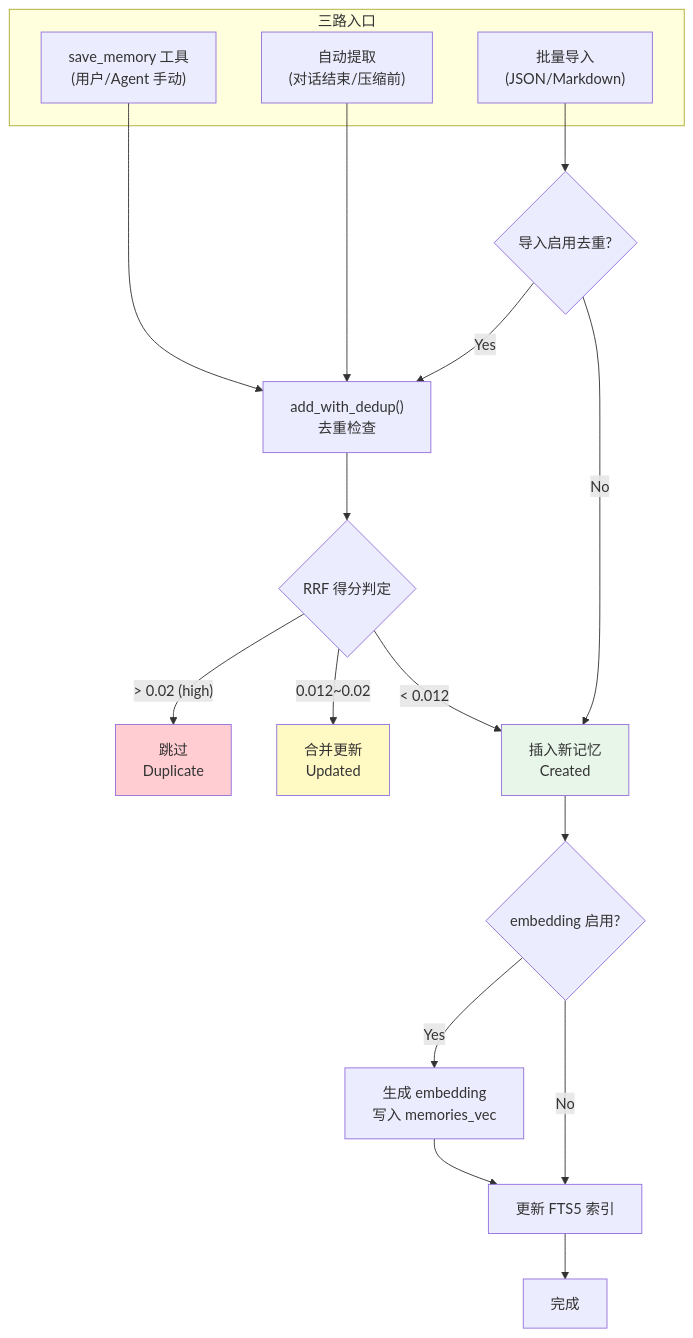
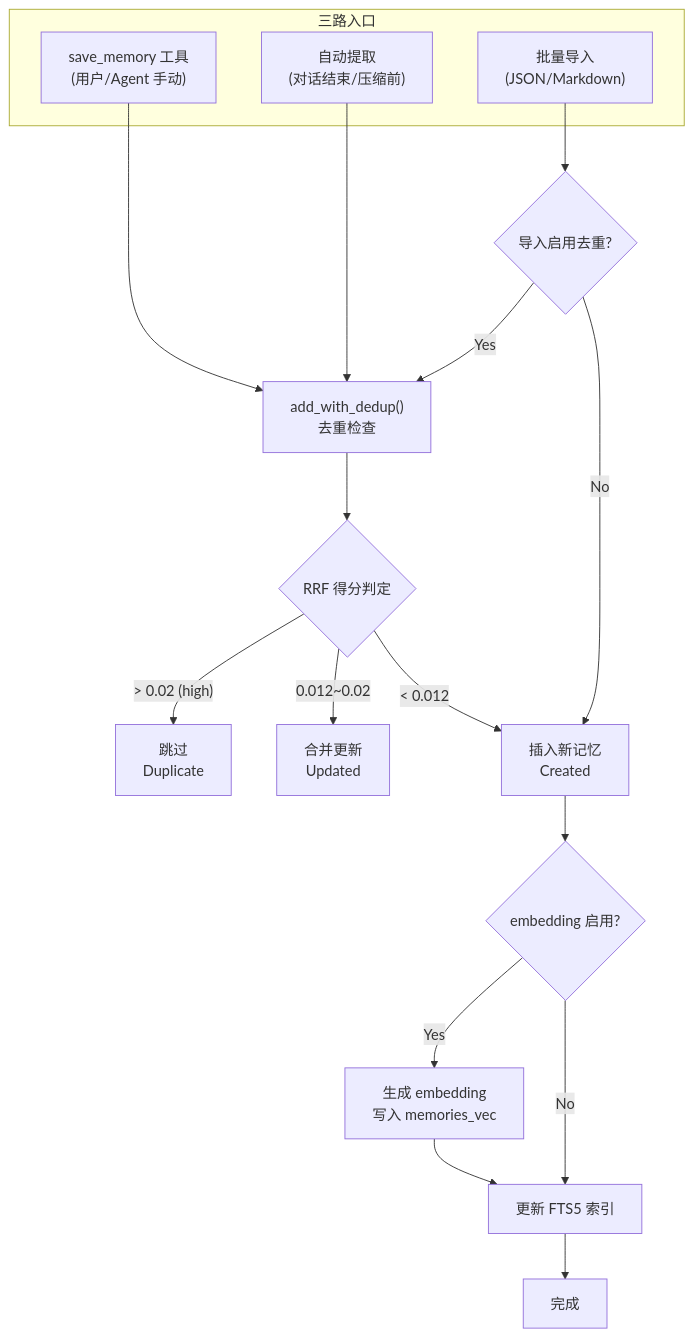
Before and after one commit to shiwenwen/hope-agent: the first of 5 diagrams in docs/architecture/memory.md, drawn with Mermaid. The commit also changed other lines of this file and 13 other files, not shown here.

First line of the commit message:
docs: 移除 mermaid 图表中的自定义背景色填充

````diff
--- a/docs/architecture/memory.md
+++ b/docs/architecture/memory.md
@@ -125,25 +125,22 @@
 ```mermaid
 flowchart TD
     subgraph 三路入口
         A1["save_memory 工具<br/>(用户/Agent 手动)"]
         A2["自动提取<br/>(对话结束/压缩前)"]
         A3["批量导入<br/>(JSON/Markdown)"]
     end
     A1 --> Dedup["add_with_dedup()<br/>去重检查"]
     A2 --> Dedup
     A3 --> DedupOpt{"导入启用去重?"}
     DedupOpt -- Yes --> Dedup
     DedupOpt -- No --> Insert
     Dedup --> Score{"RRF 得分判定"}
     Score -- "> 0.02 (high)" --> Skip["跳过<br/>Duplicate"]
     Score -- "0.012~0.02" --> Update["合并更新<br/>Updated"]
     Score -- "< 0.012" --> Insert["插入新记忆<br/>Created"]
     Insert --> Embed{"embedding 启用?"}
     Embed -- Yes --> GenVec["生成 embedding<br/>写入 memories_vec"]
     Embed -- No --> FTS["更新 FTS5 索引"]
     GenVec --> FTS
     FTS --> Done["完成"]
-    style Skip fill:#ffcdd2
-    style Update fill:#fff9c4
-    style Insert fill:#e8f5e9
 ```
````
